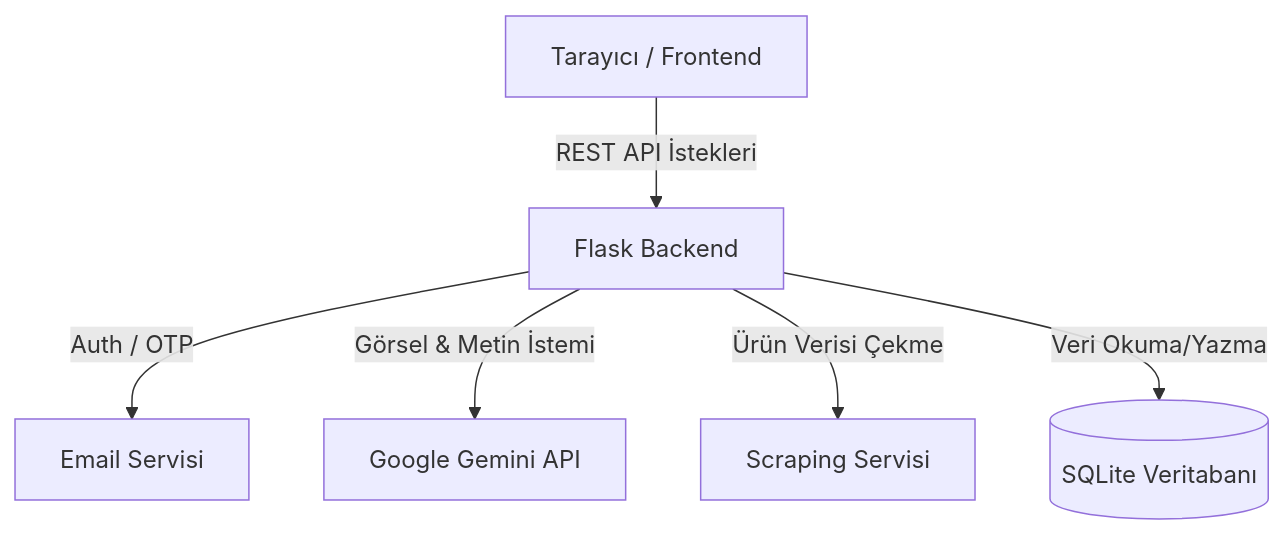
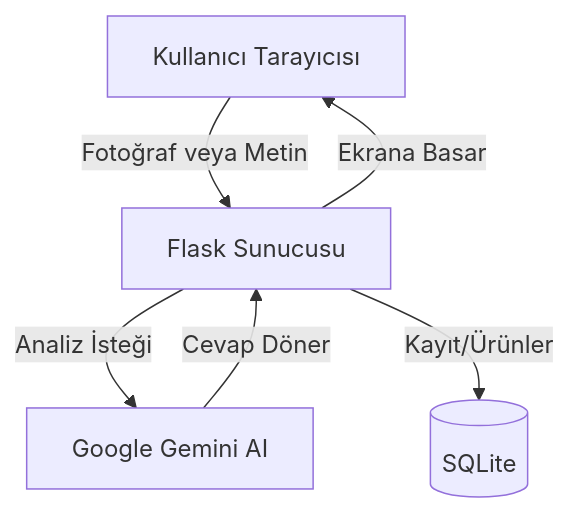
One commit to elf03/skinsenseAI-FinalProje changed the diagram in docs/proje_raporu.md. Above: the diagram before and after it, drawn with Mermaid. The commit also changed other lines of this file, not shown here.

````diff
--- a/docs/proje_raporu.md
+++ b/docs/proje_raporu.md
@@ -13,8 +13,8 @@
 ```mermaid
 graph TD;
-    Client[Tarayıcı / Frontend] -->|REST API İstekleri| FlaskApp[Flask Backend]
-    FlaskApp -->|Auth / OTP| EmailService[Email Servisi]
-    FlaskApp -->|Görsel & Metin İstemi| GeminiAPI[Google Gemini API]
-    FlaskApp -->|Ürün Verisi Çekme| WebScraper[Scraping Servisi]
-    FlaskApp -->|Veri Okuma/Yazma| DB[(SQLite Veritabanı)]
+    Kullanici[Kullanıcı Tarayıcısı] -->|Fotoğraf veya Metin| Flask[Flask Sunucusu]
+    Flask -->|Analiz İsteği| Gemini[Google Gemini AI]
+    Flask -->|Kayıt/Ürünler| Veritabani[(SQLite)]
+    Gemini -->|Cevap Döner| Flask
+    Flask -->|Ekrana Basar| Kullanici
 ```
````
